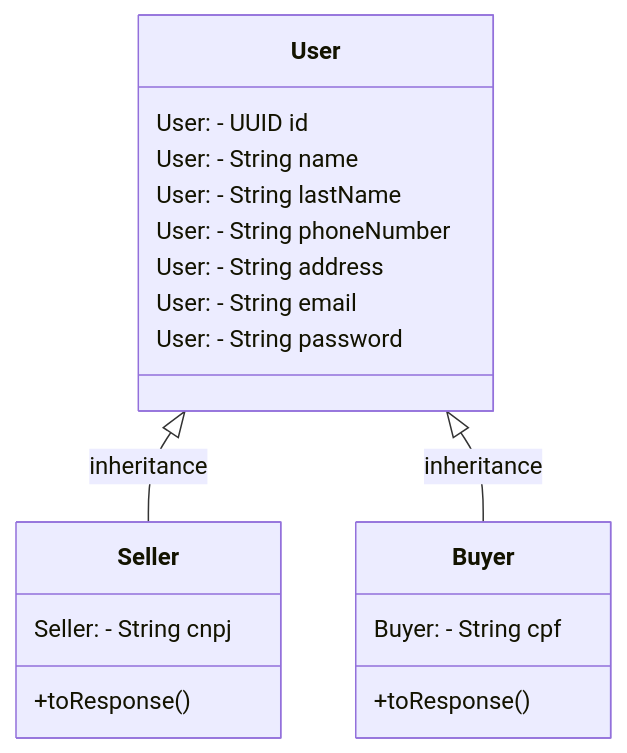
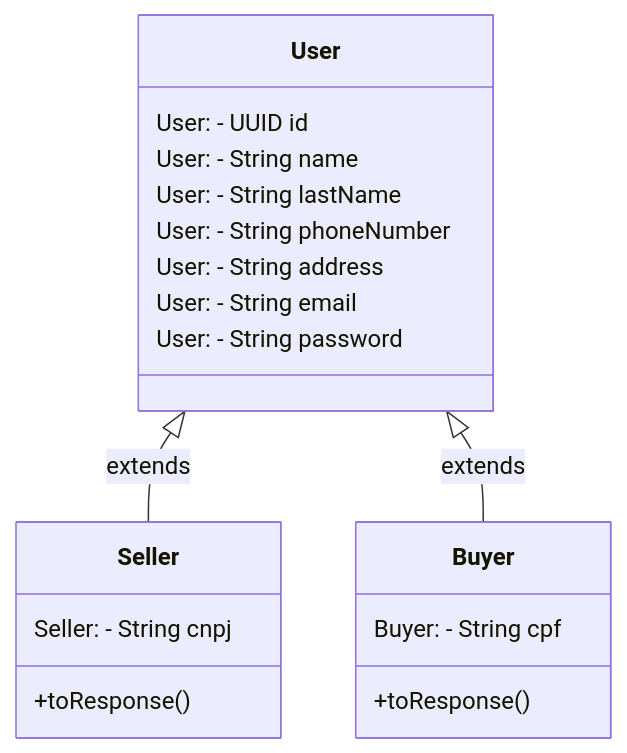
Before and after one commit to onatao/neistore: the diagram in README.md, drawn with Mermaid.

Commit message:
fix: inheritance to extends

````diff
--- a/README.md
+++ b/README.md
@@ -29,28 +29,28 @@
 ```mermaid
 classDiagram
 
-    User <|-- Seller : inheritance
-    User <|-- Buyer : inheritance
+    User <|-- Seller : extends
+    User <|-- Buyer : extends
 
     class User ~abstract~ {
     
     User: - UUID id
     User: - String name
     User: - String lastName
     User: - String phoneNumber
     User: - String address
     User: - String email
     User: - String password
 
 }
 
     class Seller{
       Seller: - String cnpj
       +toResponse()
     }
 
     class Buyer{
      Buyer: - String cpf
      +toResponse()
     }
 ```
````
